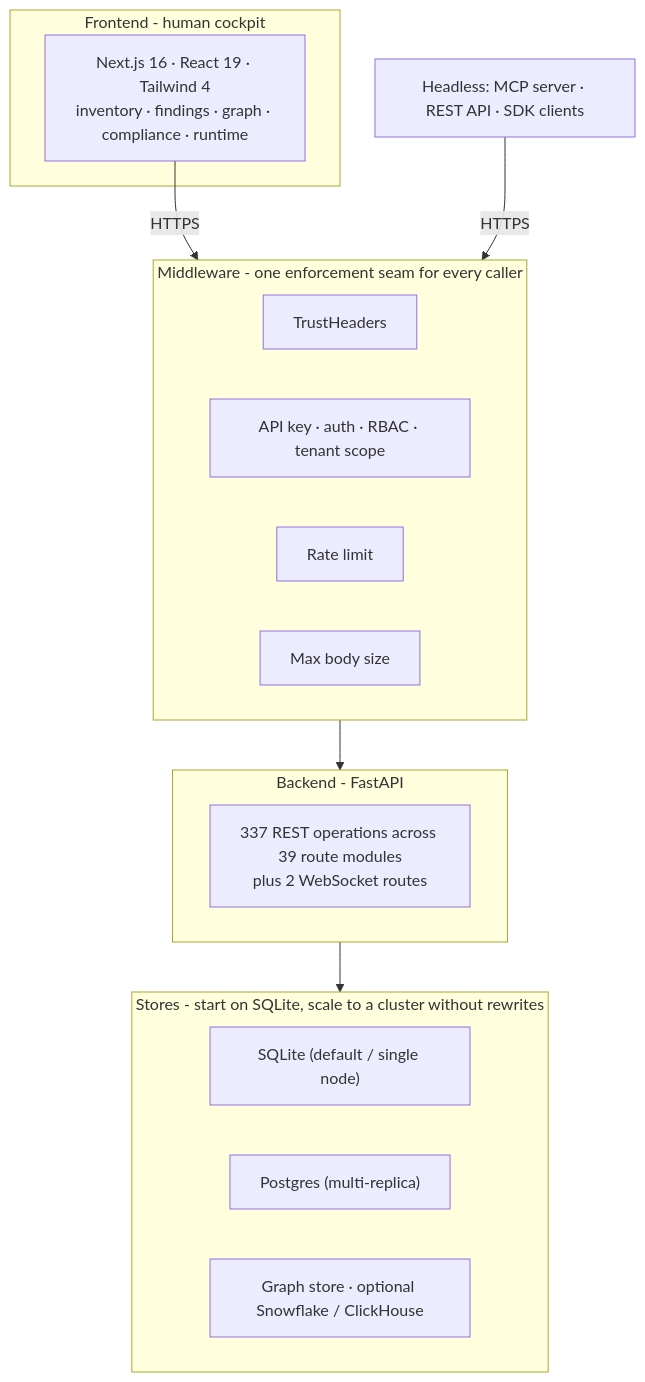
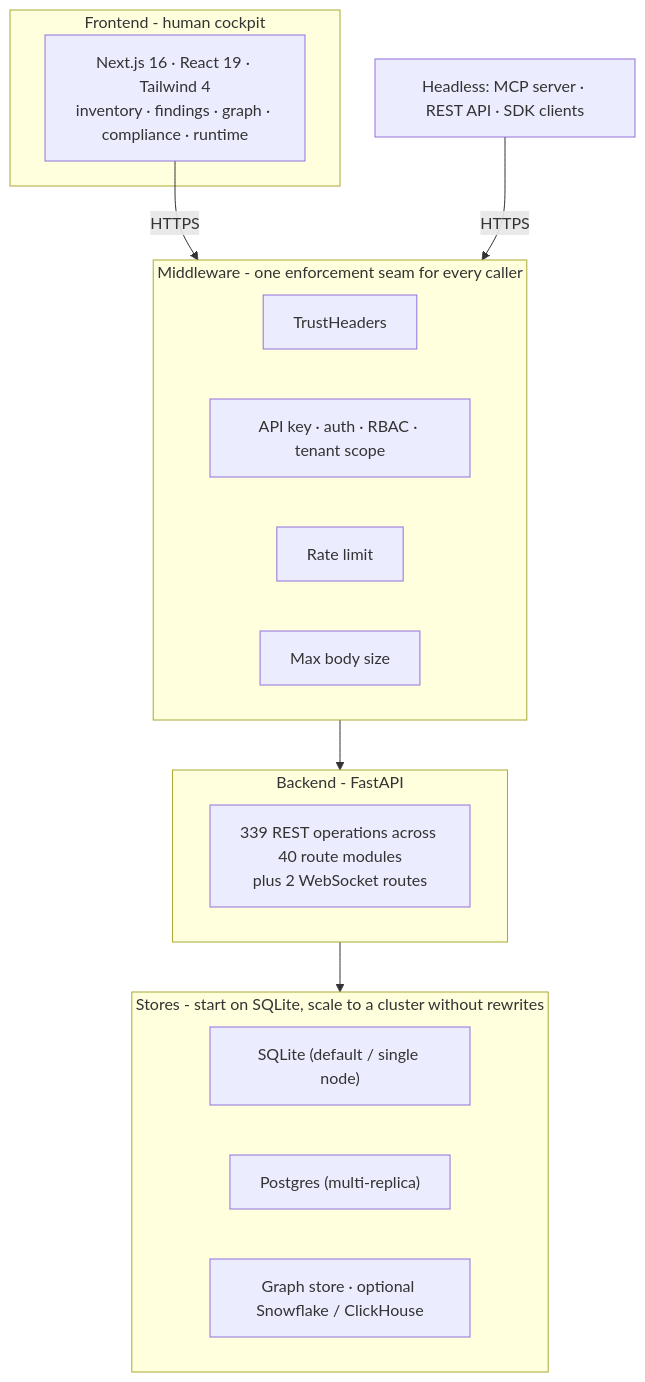
One commit to msaad00/agent-bom changed the fourth of 9 diagrams in docs/ARCHITECTURE.md. Above: the diagram before and after it, drawn with Mermaid. The commit also changed 19 other files, not shown here.

````diff
--- a/docs/ARCHITECTURE.md
+++ b/docs/ARCHITECTURE.md
@@ -146,26 +146,26 @@
 ```mermaid
 flowchart TB
     subgraph FE["Frontend - human cockpit"]
         UI["Next.js 16 · React 19 · Tailwind 4\ninventory · findings · graph · compliance · runtime"]
     end
     subgraph MW["Middleware - one enforcement seam for every caller"]
         M1["TrustHeaders"]
         M2["API key · auth · RBAC · tenant scope"]
         M3["Rate limit"]
         M4["Max body size"]
     end
     subgraph BE["Backend - FastAPI"]
-        R["337 REST operations across 39 route modules\nplus 2 WebSocket routes"]
+        R["339 REST operations across 40 route modules\nplus 2 WebSocket routes"]
     end
     subgraph ST["Stores - start on SQLite, scale to a cluster without rewrites"]
         S1["SQLite (default / single node)"]
         S2["Postgres (multi-replica)"]
         S3["Graph store · optional Snowflake / ClickHouse"]
     end
 
     EXTAGENT["Headless: MCP server · REST API · SDK clients"]
 
     UI -->|HTTPS| MW
     EXTAGENT -->|HTTPS| MW
     MW --> BE --> ST
 ```
````
